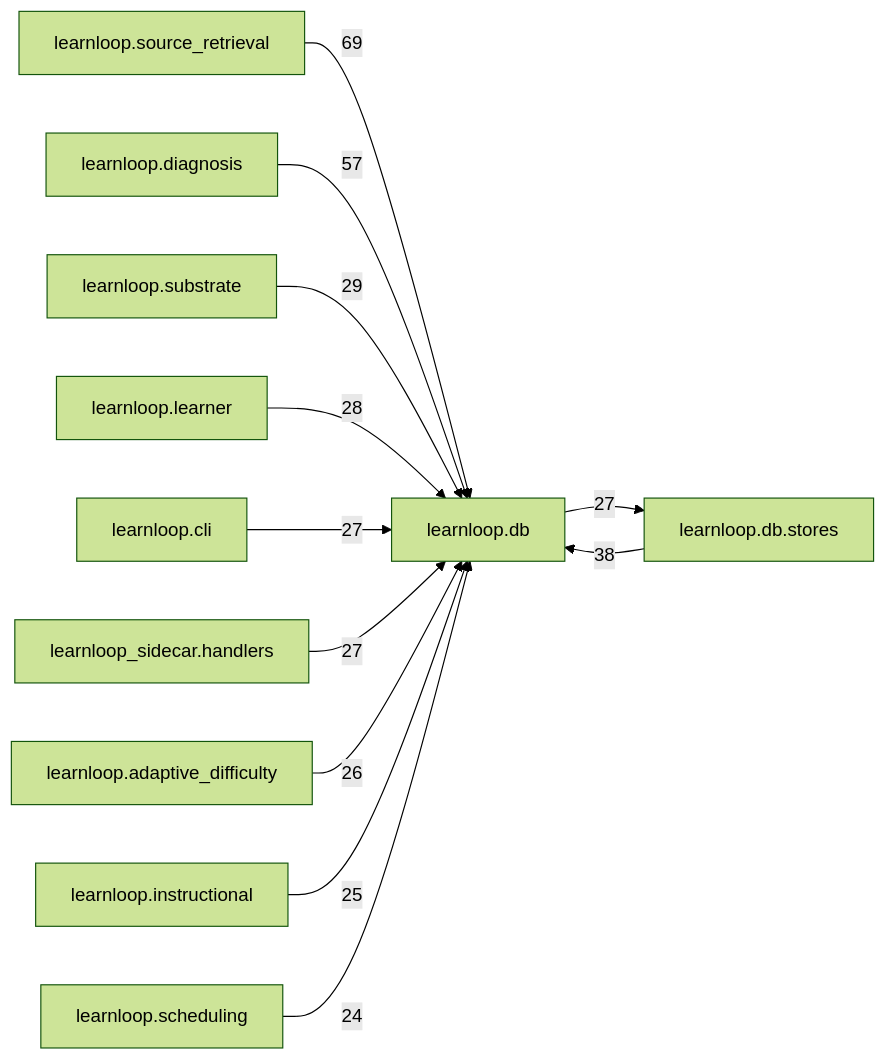
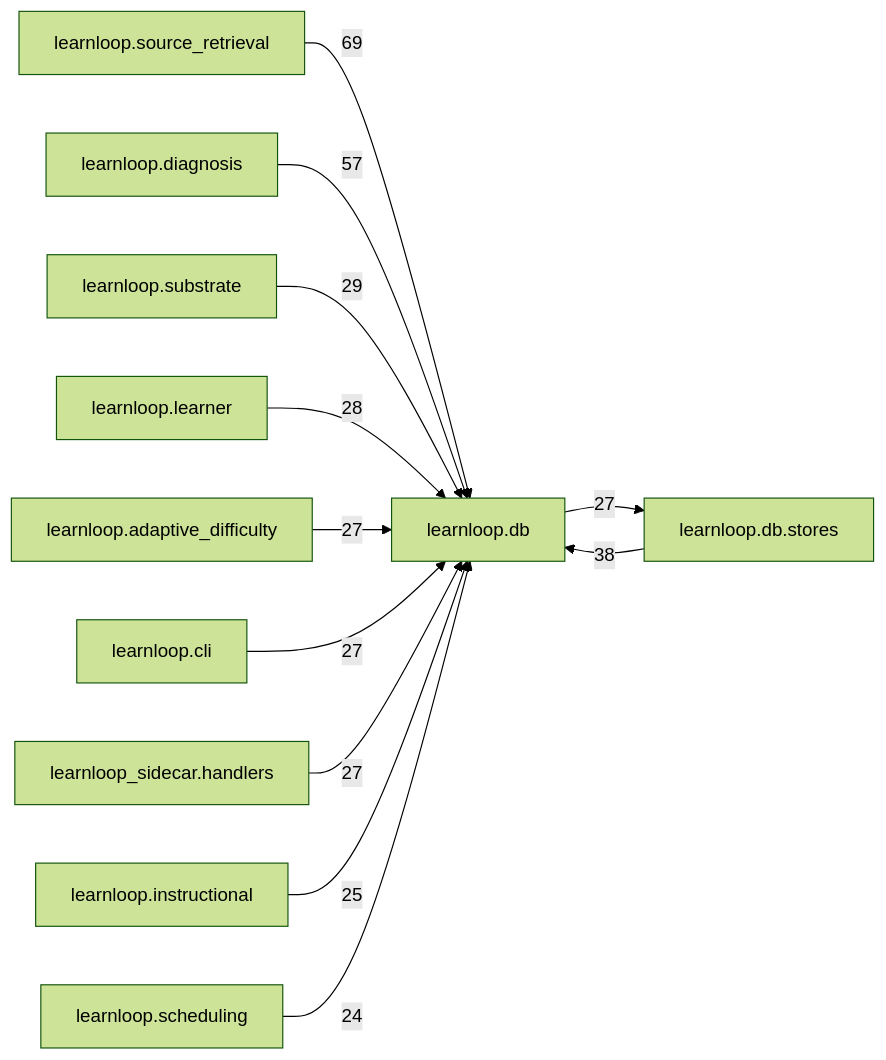
Before and after one commit to 6up-b/learnanything: the diagram in docs/learnloop-architecture-vault/Reference/Modules/learnloop/db/_package.md, drawn with Mermaid (forest theme). The commit also changed other lines of this file and 42 other files, not shown here.

````diff
--- a/docs/learnloop-architecture-vault/Reference/Modules/learnloop/db/_package.md
+++ b/docs/learnloop-architecture-vault/Reference/Modules/learnloop/db/_package.md
@@ -156,25 +156,25 @@
 ```mermaid
 flowchart LR
     center["learnloop.db"]
     n_learnloop_source_retrieval["learnloop.source_retrieval"]
     n_learnloop_db_stores["learnloop.db.stores"]
     n_learnloop_diagnosis["learnloop.diagnosis"]
     n_learnloop_substrate["learnloop.substrate"]
     n_learnloop_learner["learnloop.learner"]
+    n_learnloop_adaptive_difficulty["learnloop.adaptive_difficulty"]
     n_learnloop_cli["learnloop.cli"]
     n_learnloop_sidecar_handlers["learnloop_sidecar.handlers"]
-    n_learnloop_adaptive_difficulty["learnloop.adaptive_difficulty"]
     n_learnloop_instructional["learnloop.instructional"]
     n_learnloop_scheduling["learnloop.scheduling"]
     n_learnloop_source_retrieval -->|69| center
     n_learnloop_db_stores -->|38| center
     center -->|27| n_learnloop_db_stores
     n_learnloop_diagnosis -->|57| center
     n_learnloop_substrate -->|29| center
     n_learnloop_learner -->|28| center
+    n_learnloop_adaptive_difficulty -->|27| center
     n_learnloop_cli -->|27| center
     n_learnloop_sidecar_handlers -->|27| center
-    n_learnloop_adaptive_difficulty -->|26| center
     n_learnloop_instructional -->|25| center
     n_learnloop_scheduling -->|24| center
 ```
````
